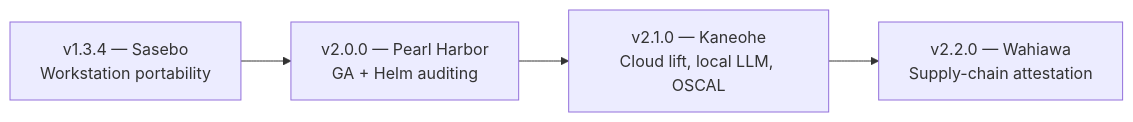
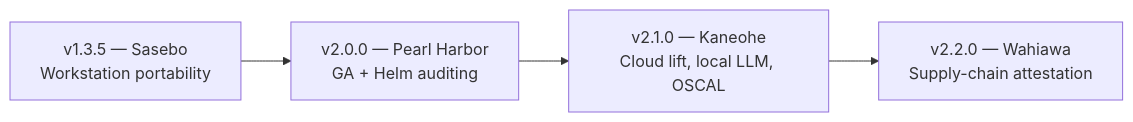
One commit to eodartintlabs-hue/grc-xmini-public changed the diagram in hygiene/ROADMAP.md. Above: the diagram before and after it, drawn with Mermaid. The commit also changed other lines of this file and 22 other files, not shown here.

````diff
--- a/hygiene/ROADMAP.md
+++ b/hygiene/ROADMAP.md
@@ -30,6 +30,6 @@
 ```mermaid
 flowchart LR
-    A["v1.3.4 — Sasebo<br/>Workstation portability"] --> B["v2.0.0 — Pearl Harbor<br/>GA + Helm auditing"]
+    A["v1.3.5 — Sasebo<br/>Workstation portability"] --> B["v2.0.0 — Pearl Harbor<br/>GA + Helm auditing"]
     B --> C["v2.1.0 — Kaneohe<br/>Cloud lift, local LLM, OSCAL"]
     C --> D["v2.2.0 — Wahiawa<br/>Supply-chain attestation"]
 ```
````
